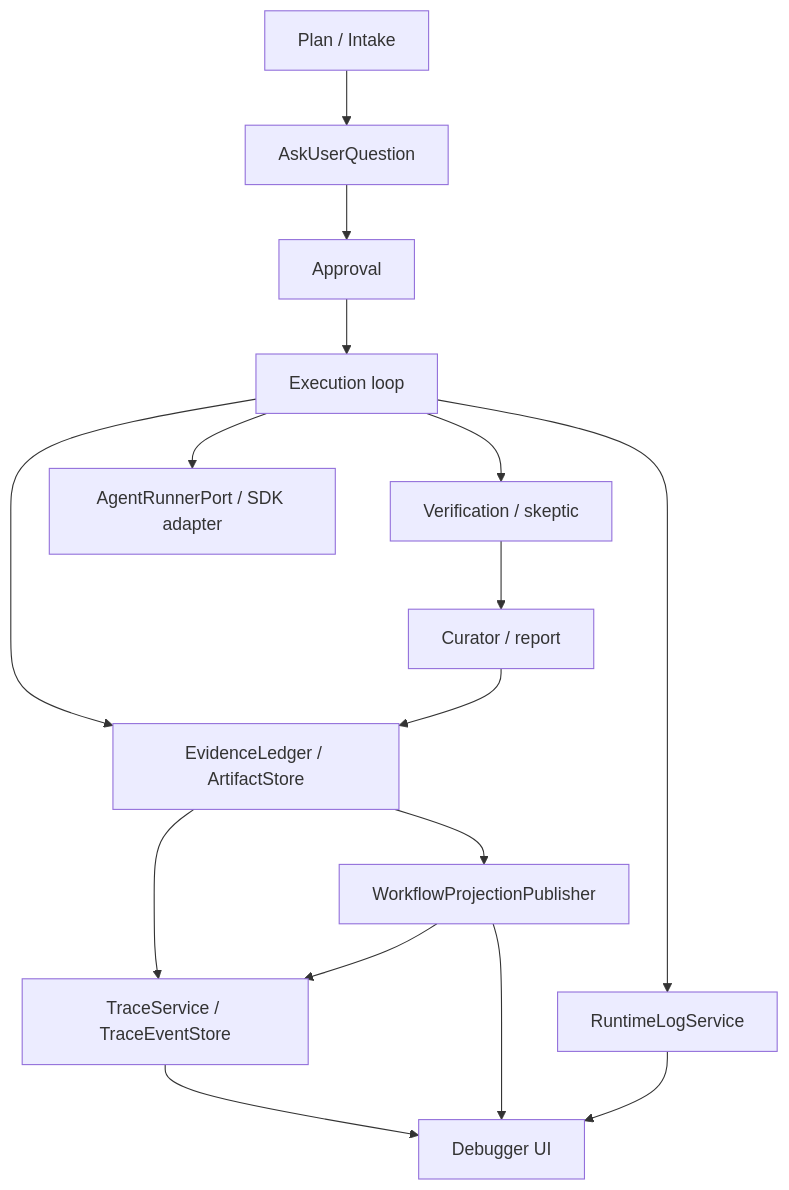
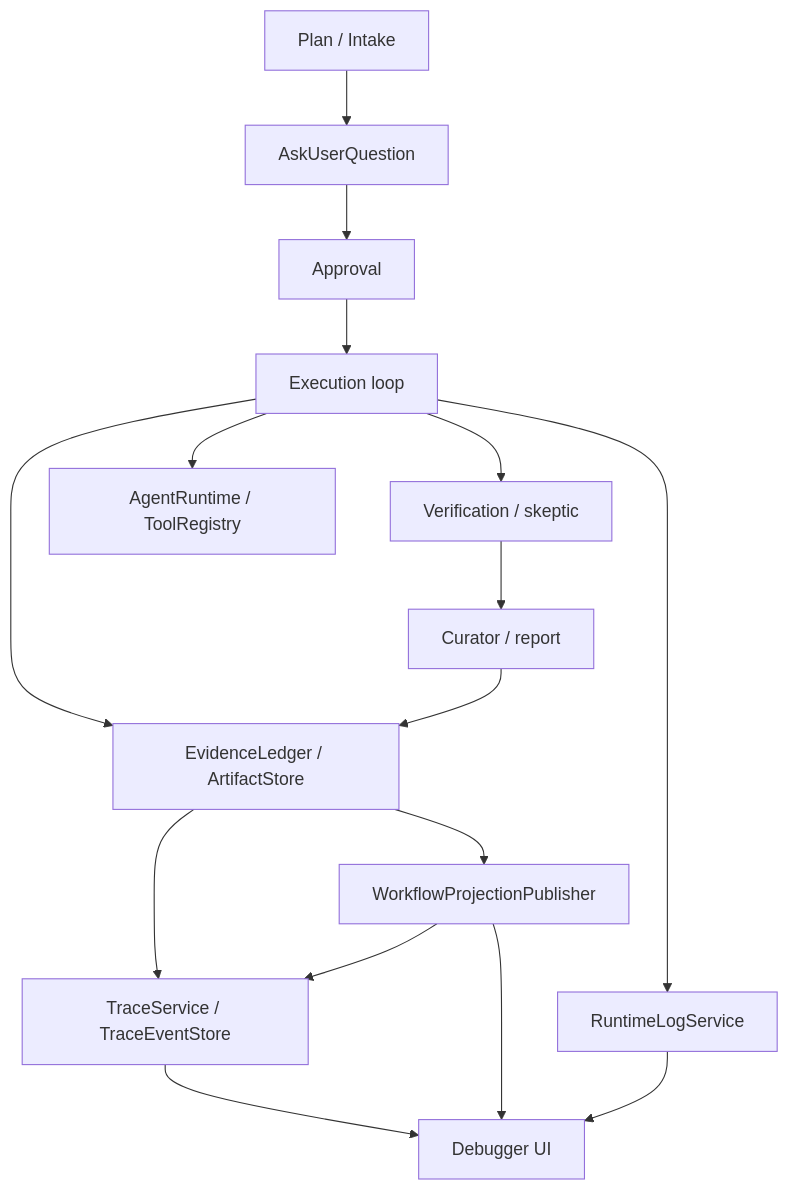
Before and after one commit to haolange/RDC-Agent: the third of 7 diagrams in docs/architecture/data-flow.md, drawn with Mermaid. The commit also changed other lines of this file and 30 other files, not shown here.

First line of the commit message:
Replace AgentRunner SDK with AgentRuntime/ToolRegistry

````diff
--- a/docs/architecture/data-flow.md
+++ b/docs/architecture/data-flow.md
@@ -61,31 +61,31 @@
 ```mermaid
 flowchart TB
   Intake["Plan / Intake"]
   Questions["AskUserQuestion"]
   Approval["Approval"]
   Execution["Execution loop"]
   Verification["Verification / skeptic"]
   Curator["Curator / report"]
-  AgentRunner["AgentRunnerPort / SDK adapter"]
+  AgentRuntime["AgentRuntime / ToolRegistry"]
   Projection["WorkflowProjectionPublisher"]
   Trace["TraceService / TraceEventStore"]
   Evidence["EvidenceLedger / ArtifactStore"]
   Activity["RuntimeLogService"]
   UI["Debugger UI"]
 
   Intake --> Questions
   Questions --> Approval
   Approval --> Execution
-  Execution --> AgentRunner
+  Execution --> AgentRuntime
   Execution --> Verification
   Verification --> Curator
   Execution --> Evidence
   Curator --> Evidence
   Evidence --> Projection
   Evidence --> Trace
   Projection --> Trace
   Trace --> UI
   Execution --> Activity
   Projection --> UI
   Activity --> UI
 ```
````
